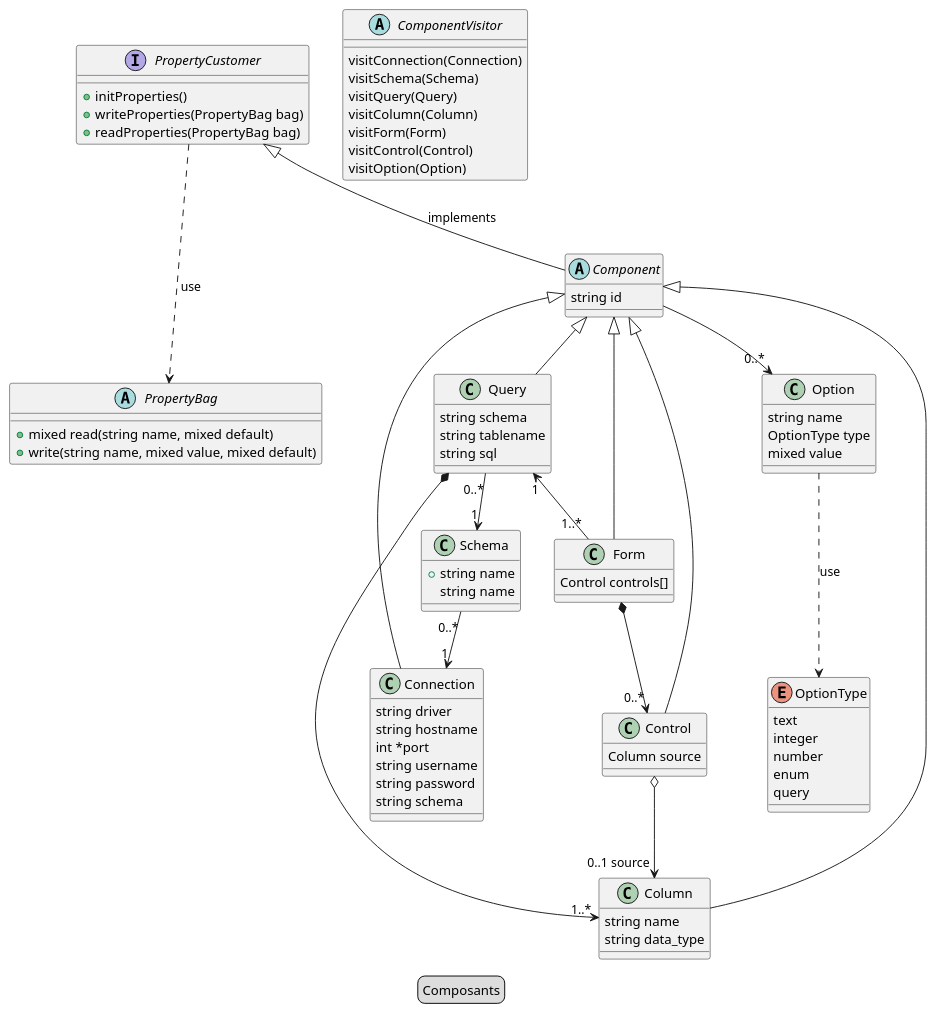
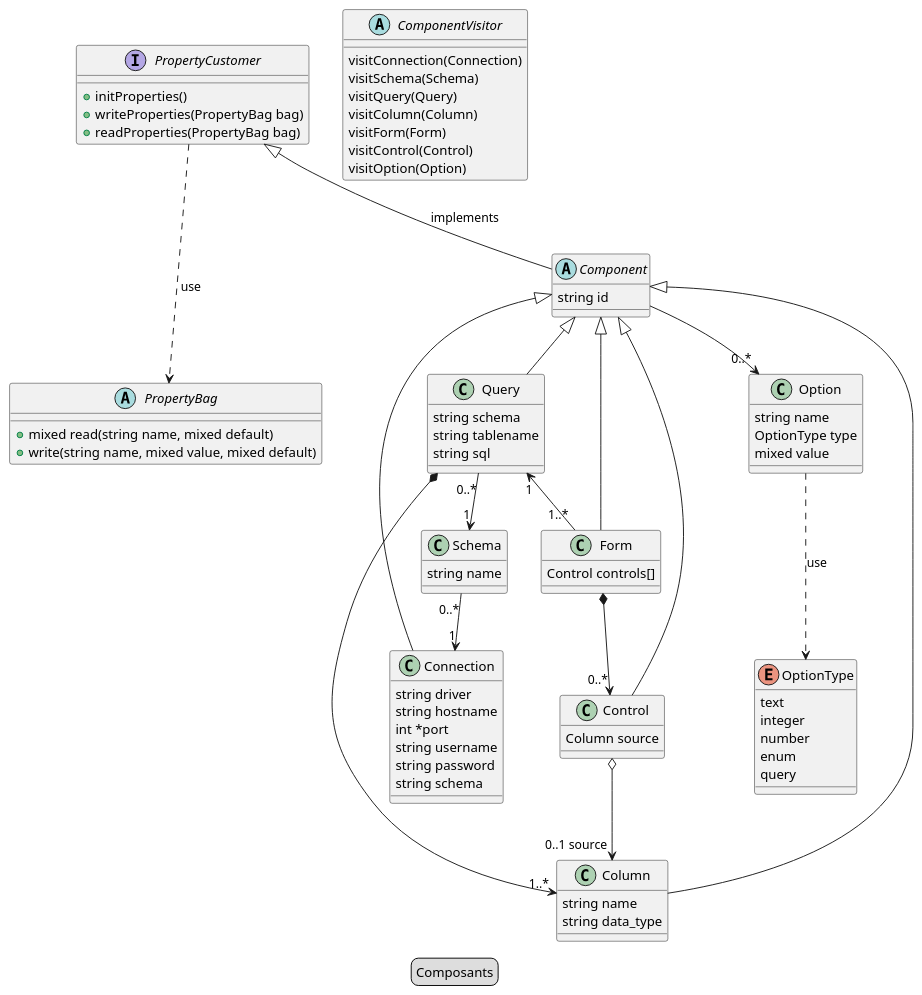
One commit to guedel/phptools changed the diagram in gen-form/doc/composants.puml. Above: the diagram before and after it, drawn with PlantUML. The commit also changed 3 other files, not shown here.

```diff
--- a/gen-form/doc/composants.puml
+++ b/gen-form/doc/composants.puml
@@ -1,96 +1,92 @@
 @startuml
 legend
 		Composants
 endlegend
 
 abstract class PropertyBag {
   + mixed read(string name, mixed default)
   + write(string name, mixed value, mixed default)
 }
 
 PropertyCustomer ...> PropertyBag : use
 interface PropertyCustomer {
   + initProperties()
   + writeProperties(PropertyBag bag)
   + readProperties(PropertyBag bag)
 }
 
 PropertyCustomer <|-- Component : implements
 abstract class Component {
   string id
 }
 
 abstract class ComponentVisitor {
   visitConnection(Connection)
   visitSchema(Schema)
   visitQuery(Query)
   visitColumn(Column)
   visitForm(Form)
   visitControl(Control)
   visitOption(Option)
-}
-
-class Schema {
-  + string name
 }
 
 Component <|-- Connection
 class Connection {
   string driver
   string hostname
   int *port
   string username
   string password
   string schema
 }
 
 Schema "0..*" --> "1" Connection
 class Schema {
   string name
 }
 
 Query "0..*" --> "1" Schema
 Component <|-- Query
 class Query {
   string schema
   string tablename
   string sql
 }
 
 Query "1" <-- "1..*" Form
 Form *--> "0..*" Control
 Component <|-- Form
 class Form {
    Control controls[]
 }
 
 enum OptionType {
   text
   integer
   number
   enum
   query
 }
 
 Component <|-- Column
 Query *--> "1..*" Column
 class Column {
   string name
   string data_type
 }
 
 Component --> "0..*" Option
 Component <|-- Control
 Control o--> "0..1 source" Column
 class Control {
   Column source
 }
 
 Option ...> OptionType : use
 class Option {
   string name
   OptionType type
   mixed value
 }
 
 @enduml
```
